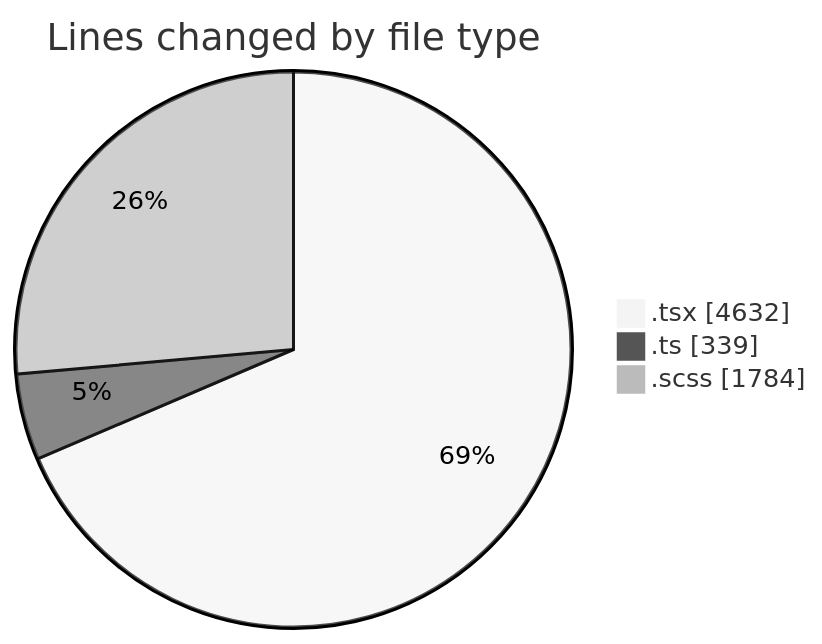
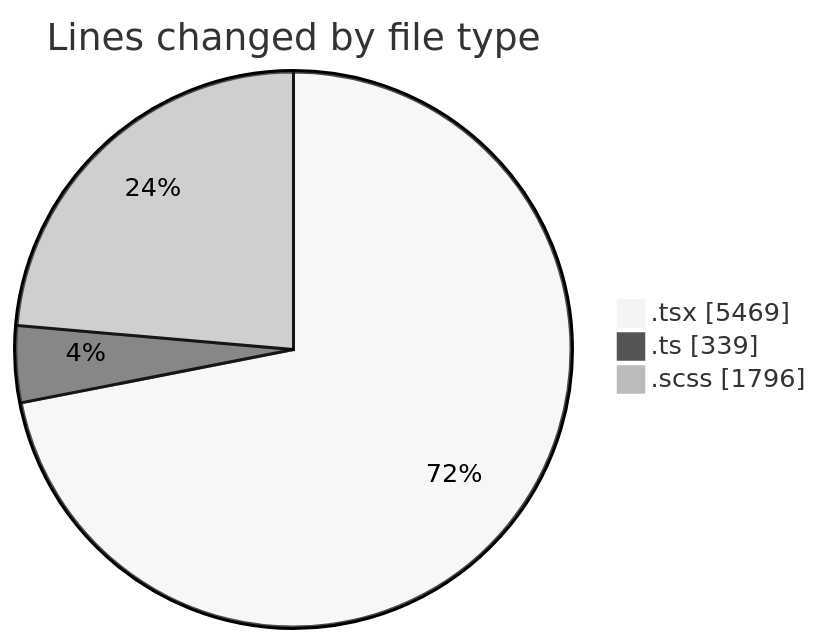
The first of 2 diagrams in 2025-07-08/cda/README.md (momahboobian/code-tracking), drawn with Mermaid (neutral theme) before and after one commit. The commit also changed other lines of this file and 1 other file, not shown here.

````diff
--- a/2025-07-08/cda/README.md
+++ b/2025-07-08/cda/README.md
@@ -48,7 +49,7 @@
 ```mermaid
 pie showData
 title Lines changed by file type
-".tsx" : 4632
+".tsx" : 5469
 ".ts" : 339
-".scss" : 1784
+".scss" : 1796
 ```
````
